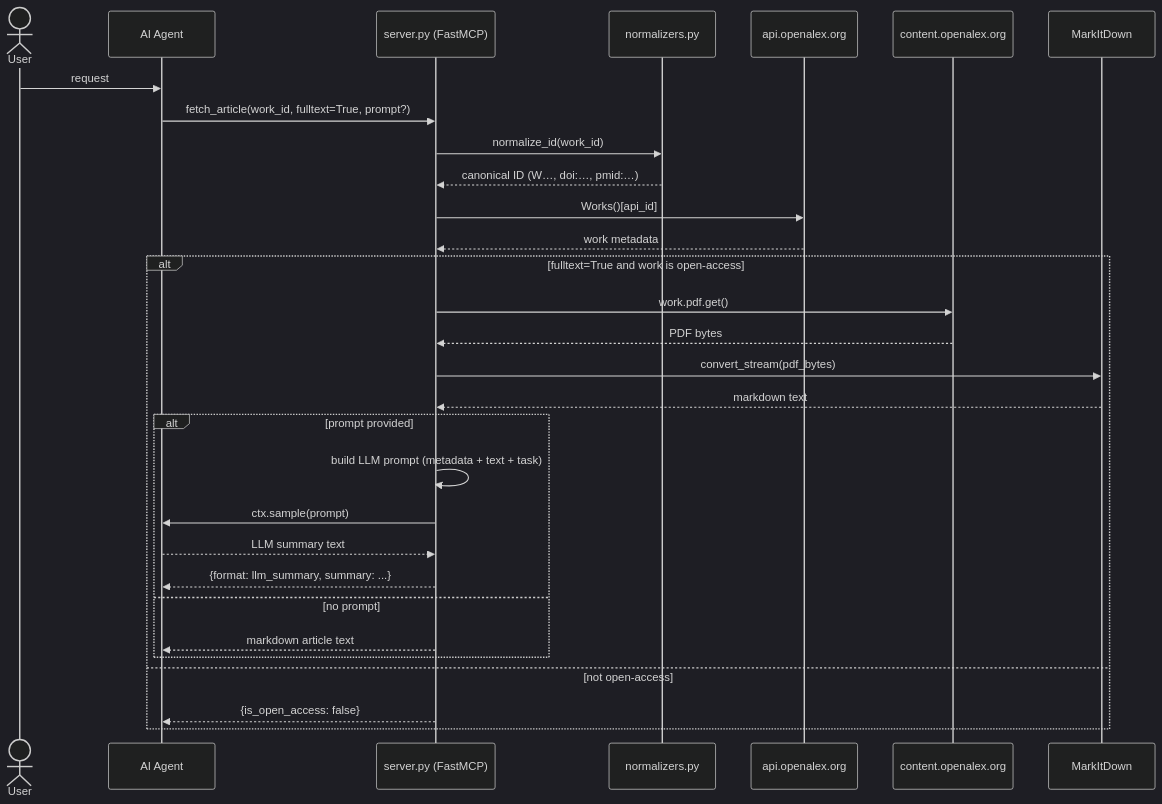
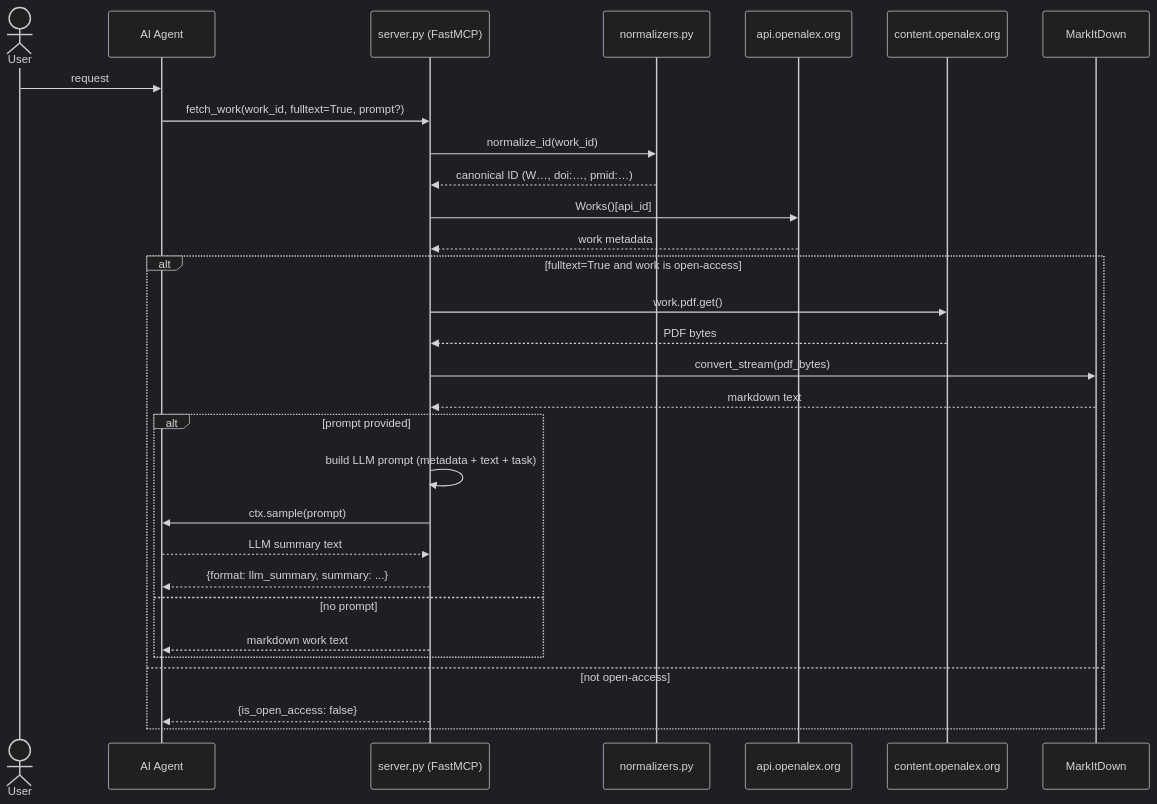
One commit to ELumya/openalex-mcp changed the fourth of 4 diagrams in ARCHITECTURE.md. Above: the diagram before and after it, drawn with Mermaid (dark theme). The commit also changed other lines of this file and 6 other files, not shown here.

````diff
--- a/ARCHITECTURE.md
+++ b/ARCHITECTURE.md
@@ -105,35 +105,35 @@
 ```mermaid
 sequenceDiagram
     actor User as User
     participant Agent as AI Agent
     participant MCP as server.py (FastMCP)
     participant Norm as normalizers.py
     participant OA as api.openalex.org
     participant PDF as content.openalex.org
     participant MD as MarkItDown
 
     User->>Agent: request
-    Agent->>MCP: fetch_article(work_id, fulltext=True, prompt?)
+    Agent->>MCP: fetch_work(work_id, fulltext=True, prompt?)
     MCP->>Norm: normalize_id(work_id)
     Norm-->>MCP: canonical ID (W…, doi:…, pmid:…)
     MCP->>OA: Works()[api_id]
     OA-->>MCP: work metadata
 
     alt fulltext=True and work is open-access
         MCP->>PDF: work.pdf.get()
         PDF-->>MCP: PDF bytes
         MCP->>MD: convert_stream(pdf_bytes)
         MD-->>MCP: markdown text
 
         alt prompt provided
             MCP->>MCP: build LLM prompt (metadata + text + task)
             MCP->>Agent: ctx.sample(prompt)
             Agent-->>MCP: LLM summary text
             MCP-->>Agent: {format: llm_summary, summary: ...}
         else no prompt
-            MCP-->>Agent: markdown article text
+            MCP-->>Agent: markdown work text
         end
     else not open-access
         MCP-->>Agent: {is_open_access: false}
     end
 ```
````
